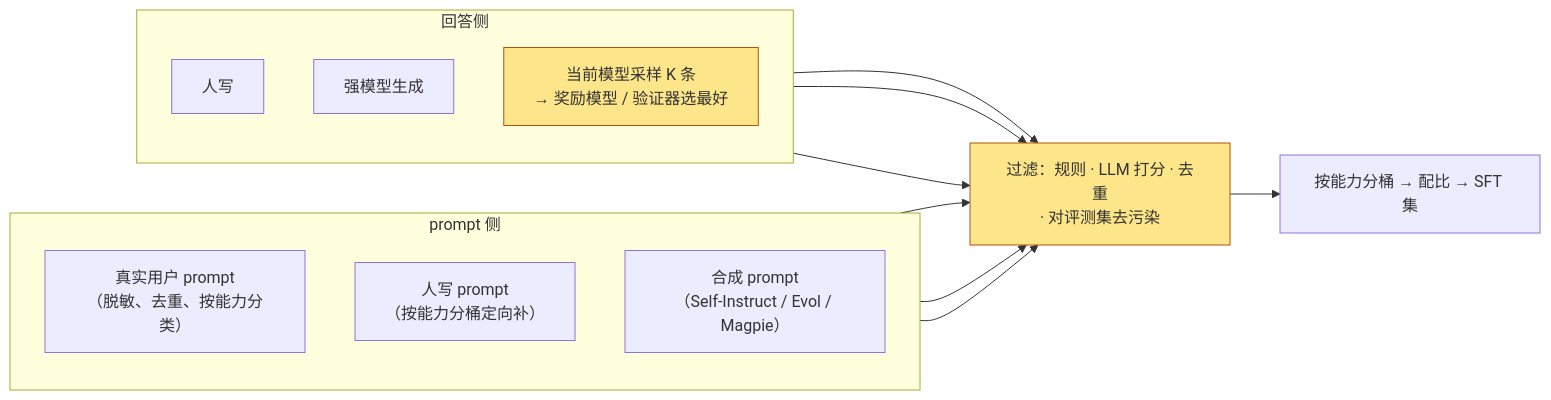
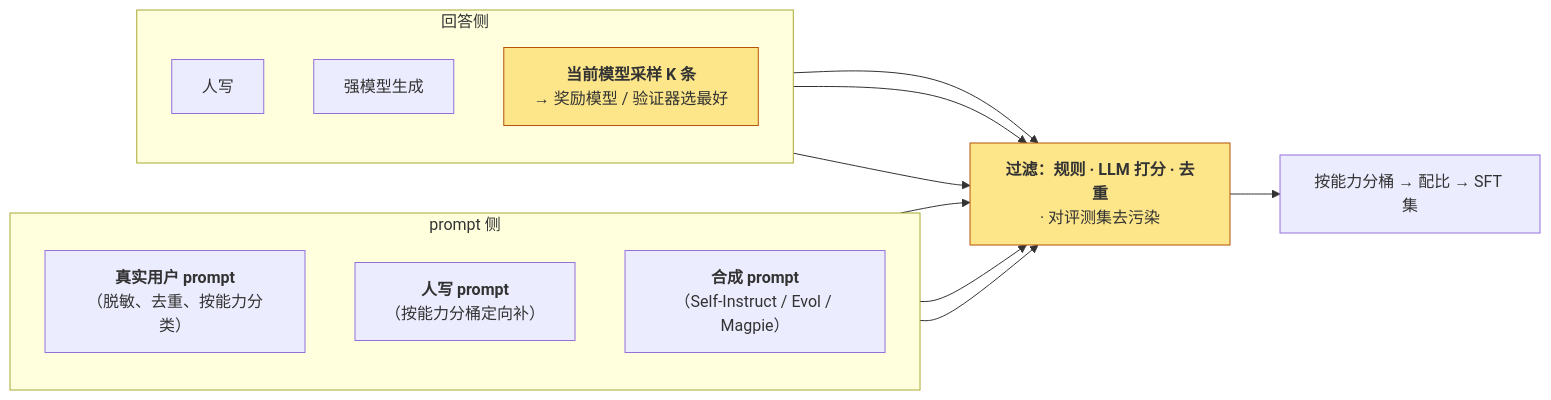
One commit to arganzheng/arganzheng.github.com changed the diagram in _posts/2026-04-16-sft-data-chat-template-loss-mask-and-peft.md. Above: the diagram before and after it, drawn with Mermaid. The commit also changed 4 other files, not shown here.

First line of the commit message:
后训练：从 SFT 到可验证奖励：Mermaid 多行方框的首行标为标题（5 篇）

````diff
--- a/_posts/2026-04-16-sft-data-chat-template-loss-mask-and-peft.md
+++ b/_posts/2026-04-16-sft-data-chat-template-loss-mask-and-peft.md
@@ -74,22 +74,22 @@
 ```mermaid
 %% 图：一条 SFT 样本的两半：prompt 侧决定覆盖面，回答侧决定质量，汇入过滤与配比
 flowchart LR
     subgraph P["prompt 侧"]
         direction TB
-        P1["真实用户 prompt<br/>（脱敏、去重、按能力分类）"]
-        P2["人写 prompt<br/>（按能力分桶定向补）"]
-        P3["合成 prompt<br/>（Self-Instruct / Evol / Magpie）"]
+        P1["<b>真实用户 prompt</b><br/>（脱敏、去重、按能力分类）"]
+        P2["<b>人写 prompt</b><br/>（按能力分桶定向补）"]
+        P3["<b>合成 prompt</b><br/>（Self-Instruct / Evol / Magpie）"]
     end
     subgraph R["回答侧"]
         direction TB
         R1["人写"]
         R2["强模型生成"]
-        R3["当前模型采样 K 条<br/>→ 奖励模型 / 验证器选最好"]
+        R3["<b>当前模型采样 K 条</b><br/>→ 奖励模型 / 验证器选最好"]
     end
-    P1 & P2 & P3 --> F["过滤：规则 · LLM 打分 · 去重<br/>· 对评测集去污染"]
+    P1 & P2 & P3 --> F["<b>过滤：规则 · LLM 打分 · 去重</b><br/>· 对评测集去污染"]
     R1 & R2 & R3 --> F
     F --> B["按能力分桶 → 配比 → SFT 集"]
 
     classDef hot fill:#fde68a,stroke:#b45309;
     class R3,F hot;
 ```
````
